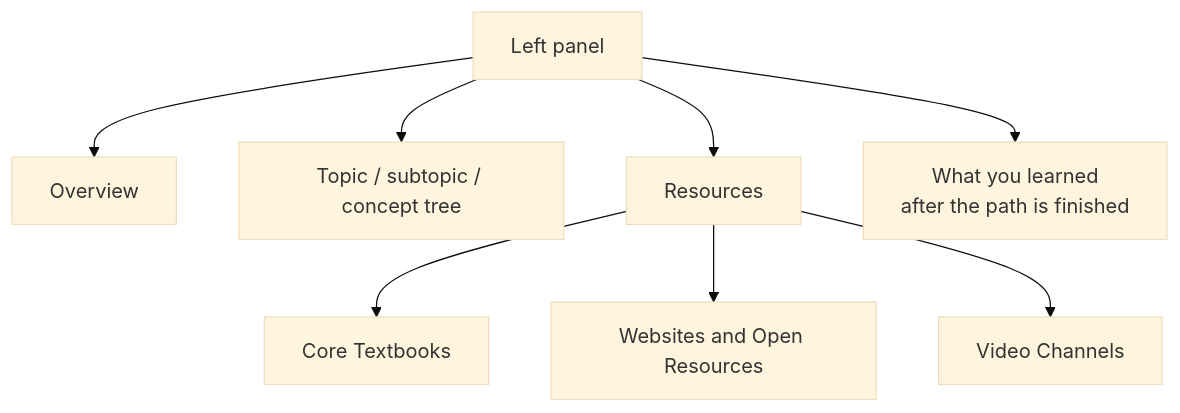
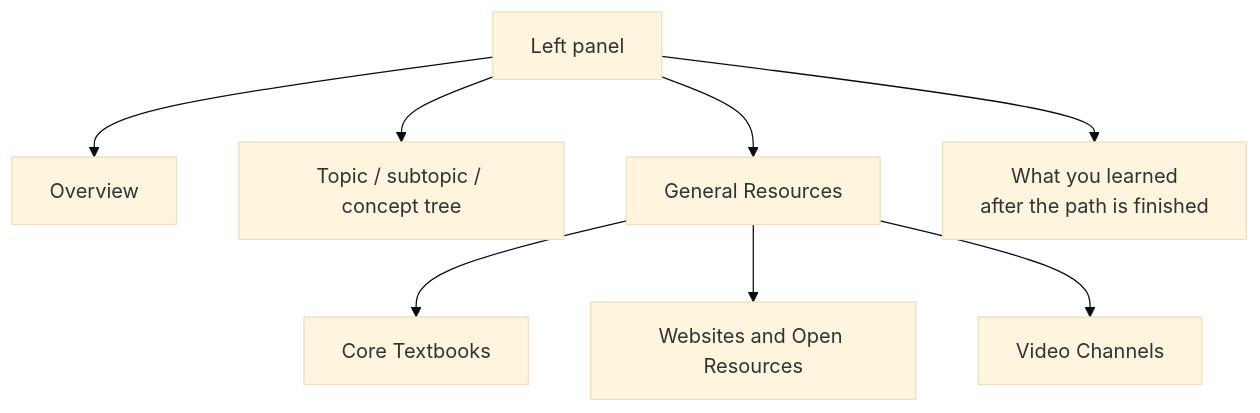
One commit to coursetexts/notion-site changed the second of 2 diagrams in docs/curated-courses.md. Above: the diagram before and after it, drawn with Mermaid (base theme). The commit also changed other lines of this file and 16 other files, not shown here.

First line of the commit message:
Migrate course General Resources onto path cards and polish catalog UI.

````diff
--- a/docs/curated-courses.md
+++ b/docs/curated-courses.md
@@ -78,19 +78,19 @@
 ```mermaid
 flowchart TB
   Nav["Left panel"]
   Over["Overview"]
   Tree["Topic / subtopic / concept tree"]
-  Res["Resources"]
+  Res["General Resources"]
   TB["Core Textbooks"]
   Web["Websites and Open Resources"]
   YT["Video Channels"]
   Learned["What you learned<br/>after the path is finished"]
 
   Nav --> Over
   Nav --> Tree
   Nav --> Res
   Res --> TB
   Res --> Web
   Res --> YT
   Nav --> Learned
 ```
````
